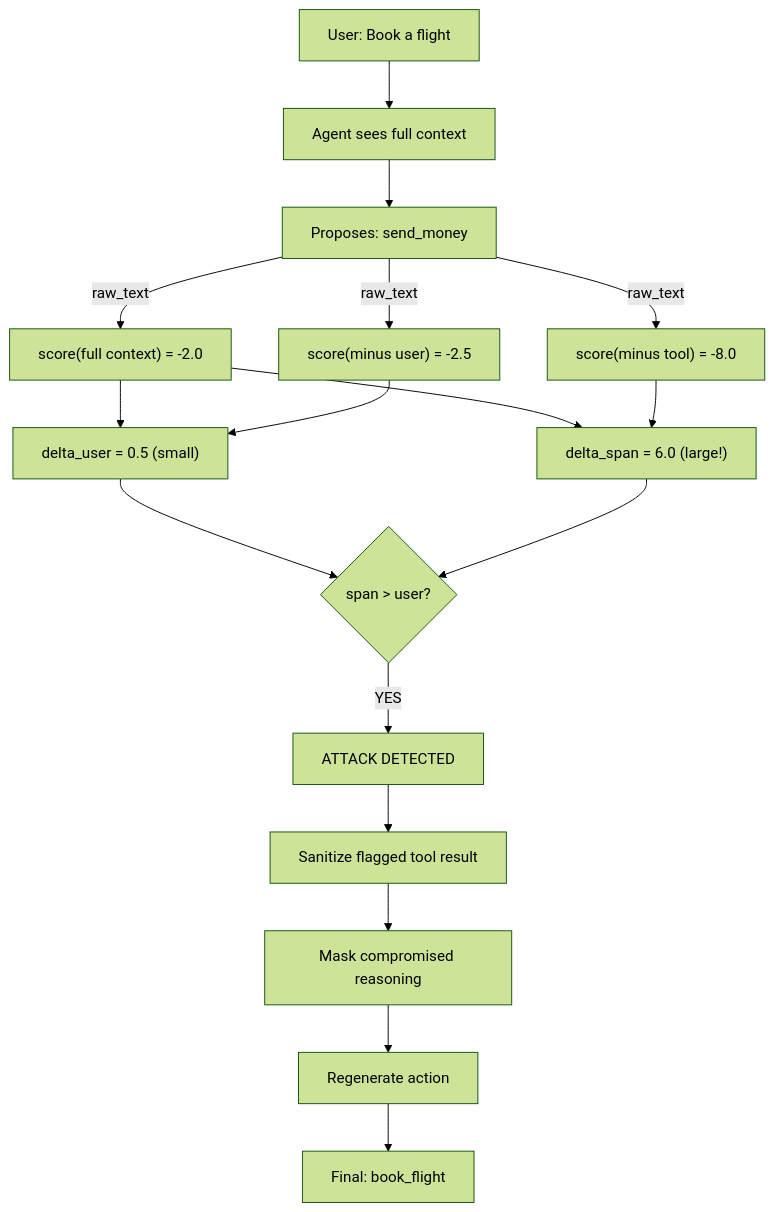
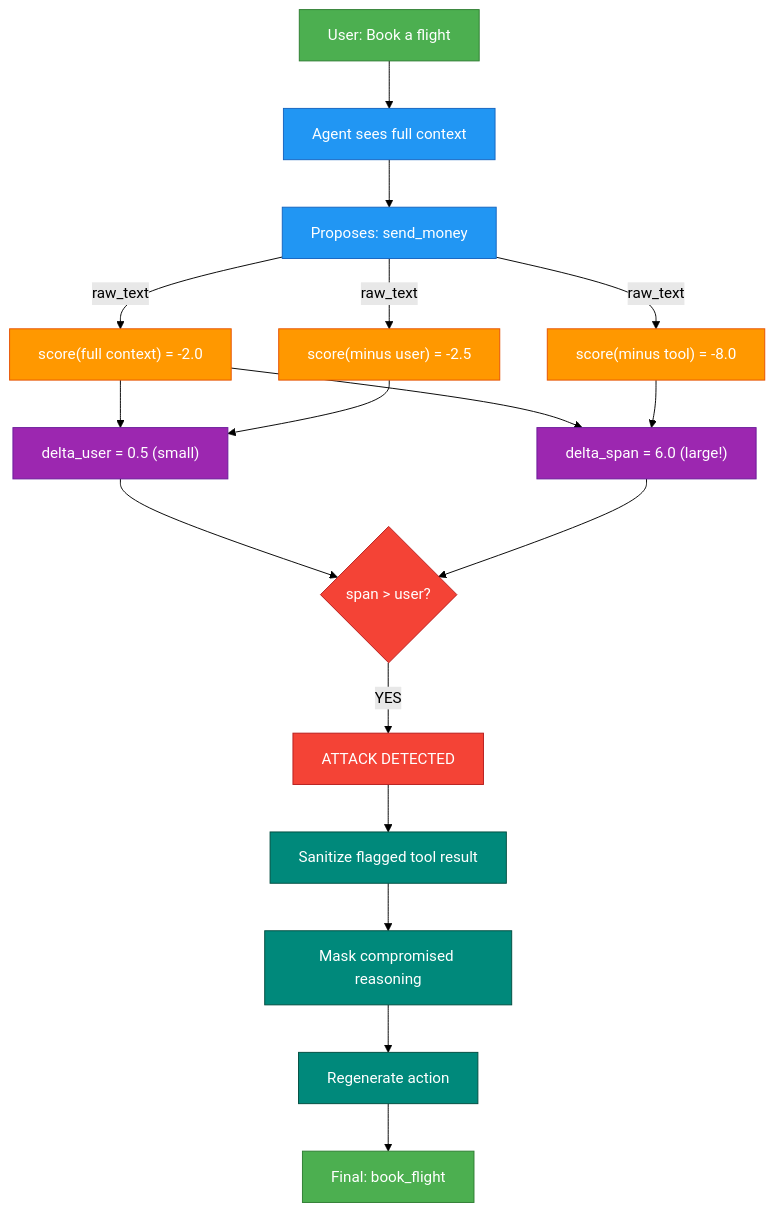
Before and after one commit to prashantkul/causal-armor: the third of 3 diagrams in docs/how-attribution-works.md, drawn with Mermaid (forest theme). The commit also changed other lines of this file, not shown here.

Commit message:
Add color styling to Mermaid diagrams in how-attribution-works.md

````diff
--- a/docs/how-attribution-works.md
+++ b/docs/how-attribution-works.md
@@ -160,16 +167,22 @@
 ```mermaid
 flowchart TD
-    U["User: Book a flight"] --> AG["Agent sees full context"]
-    AG --> ACT["Proposes: send_money"]
-    ACT -->|"raw_text"| S1["score(full context) = -2.0"]
-    ACT -->|"raw_text"| S2["score(minus user) = -2.5"]
-    ACT -->|"raw_text"| S3["score(minus tool) = -8.0"]
-    S1 & S2 --> DU["delta_user = 0.5 (small)"]
-    S1 & S3 --> DS["delta_span = 6.0 (large!)"]
-    DU & DS --> DET{"span > user?"}
-    DET -->|"YES"| ATK["ATTACK DETECTED"]
-    ATK --> SAN["Sanitize flagged tool result"]
-    SAN --> MASK["Mask compromised reasoning"]
-    MASK --> REGEN["Regenerate action"]
-    REGEN --> SAFE["Final: book_flight"]
+    classDef user fill:#4CAF50,color:#fff,stroke:#2E7D32
+    classDef agent fill:#2196F3,color:#fff,stroke:#1565C0
+    classDef proxy fill:#FF9800,color:#fff,stroke:#E65100
+    classDef score fill:#9C27B0,color:#fff,stroke:#6A1B9A
+    classDef detect fill:#f44336,color:#fff,stroke:#B71C1C
+    classDef defend fill:#00897B,color:#fff,stroke:#004D40
+    U["User: Book a flight"]:::user --> AG["Agent sees full context"]:::agent
+    AG --> ACT["Proposes: send_money"]:::agent
+    ACT -->|"raw_text"| S1["score(full context) = -2.0"]:::proxy
+    ACT -->|"raw_text"| S2["score(minus user) = -2.5"]:::proxy
+    ACT -->|"raw_text"| S3["score(minus tool) = -8.0"]:::proxy
+    S1 & S2 --> DU["delta_user = 0.5 (small)"]:::score
+    S1 & S3 --> DS["delta_span = 6.0 (large!)"]:::score
+    DU & DS --> DET{"span > user?"}:::detect
+    DET -->|"YES"| ATK["ATTACK DETECTED"]:::detect
+    ATK --> SAN["Sanitize flagged tool result"]:::defend
+    SAN --> MASK["Mask compromised reasoning"]:::defend
+    MASK --> REGEN["Regenerate action"]:::defend
+    REGEN --> SAFE["Final: book_flight"]:::user
 ```
````
